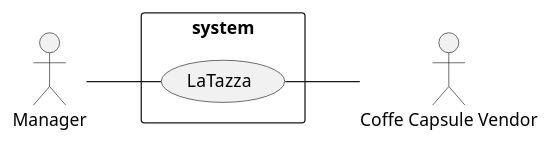
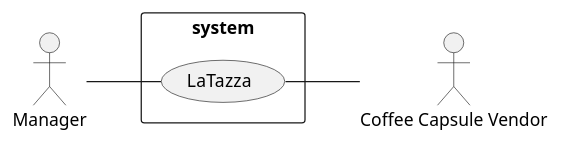
The first of 3 diagrams in requirements.md (eloparco/LaTazza), drawn with PlantUML before and after one commit. The commit also changed other lines of this file, not shown here.

````diff
--- a/requirements.md
+++ b/requirements.md
@@ -46,13 +46,13 @@
 ```plantuml
 left to right direction
 skinparam packageStyle rectangle
 
 actor Manager as m
-actor "Coffe Capsule Vendor" as v
+actor "Coffee Capsule Vendor" as v
 
 rectangle system {
     (LaTazza) as lt
     m -- lt
     lt -- v
 }
 ```
````
